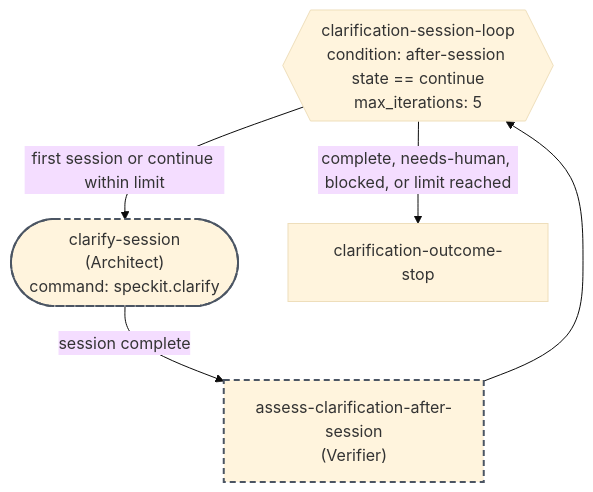
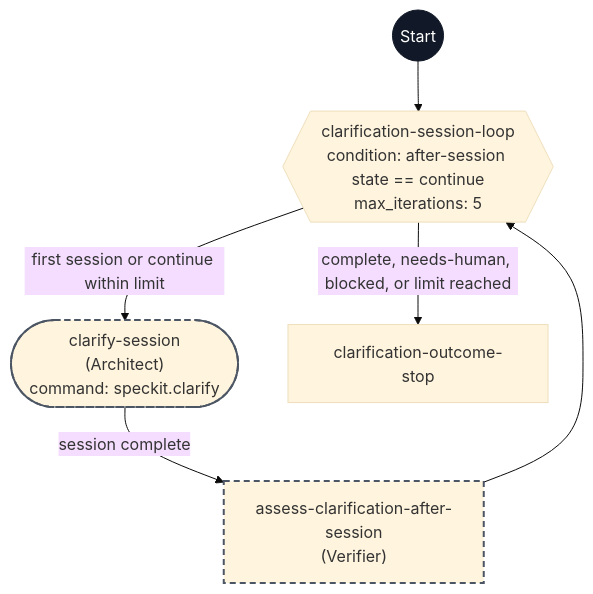
Before and after one commit to pegagio/spec-kit-flow: the diagram in workflows/speckit-flow-clarify/flowchart.md, drawn with Mermaid (base theme). The commit also changed other lines of this file and 4 other files, not shown here.

Commit message:
Add FlowKit workflow rendering skill

````diff
--- a/workflows/speckit-flow-clarify/flowchart.md
+++ b/workflows/speckit-flow-clarify/flowchart.md
@@ -7,16 +7,19 @@
 ```mermaid
 flowchart TD
+    start((Start))
     sessionLoop{{"clarification-session-loop<br/>condition: after-session state == continue<br/>max_iterations: 5"}}
     clarify(["clarify-session<br/>(Architect)<br/>command: speckit.clarify"])
     after["assess-clarification-after-session<br/>(Verifier)"]
 
     outcome["clarification-outcome-stop"]
 
+    start --> sessionLoop
     sessionLoop -- first session or continue within limit --> clarify
     clarify -- session complete --> after
     after --> sessionLoop
     sessionLoop -- complete, needs-human, blocked, or limit reached --> outcome
 
     classDef delegated stroke:#4b5563,stroke-width:2px,stroke-dasharray:6 4
     class clarify,after delegated
+    style start fill:#111827,stroke:#111827,color:#ffffff
 ```
````
